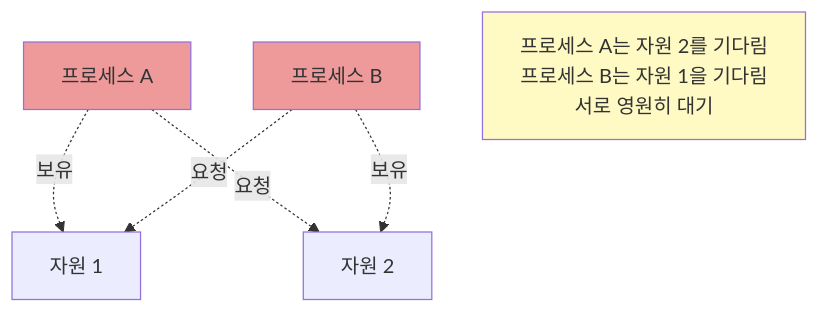
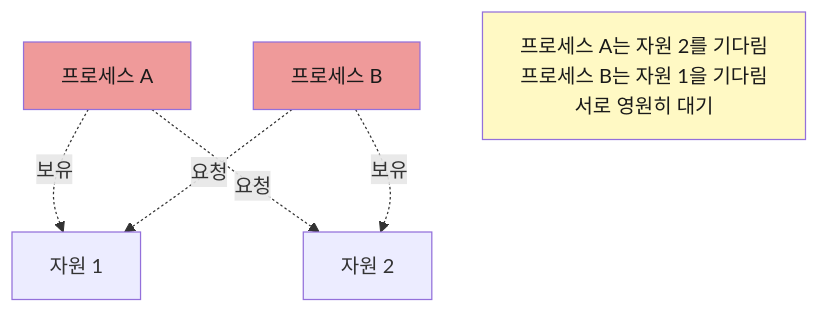
Diagram 17 of 22 in apps/devblog/content/posts/operating-system.mdx (Cllaude99/cllaude99_labs), drawn with Mermaid before and after one commit. The commit also changed other lines of this file, not shown here.

First line of the commit message:
fix: 다크 모드에서 머메이드 다이어그램의 텍스트 색상 추가

````diff
--- a/apps/devblog/content/posts/operating-system.mdx
+++ b/apps/devblog/content/posts/operating-system.mdx
@@ -817,14 +817,14 @@
 ```mermaid
 graph TB
     P1["프로세스 A"] -.보유.-> R1["자원 1"]
     P1 -.요청.-> R2["자원 2"]
 
     P2["프로세스 B"] -.보유.-> R2
     P2 -.요청.-> R1
 
     Note["프로세스 A는 자원 2를 기다림<br/>프로세스 B는 자원 1을 기다림<br/>서로 영원히 대기"]
 
-    style P1 fill:#ef9a9a
-    style P2 fill:#ef9a9a
-    style Note fill:#fff9c4
+    style P1 fill:#ef9a9a,color:#1a1a1a
+    style P2 fill:#ef9a9a,color:#1a1a1a
+    style Note fill:#fff9c4,color:#1a1a1a
 ```
````
